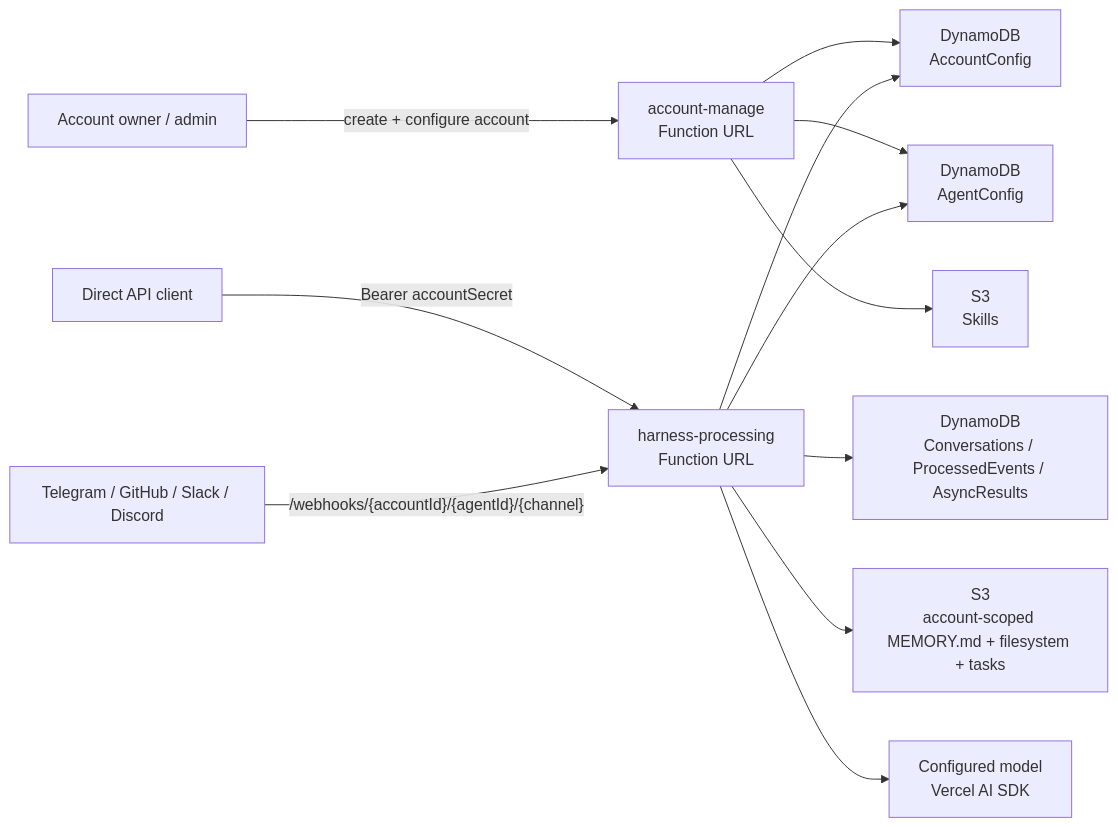
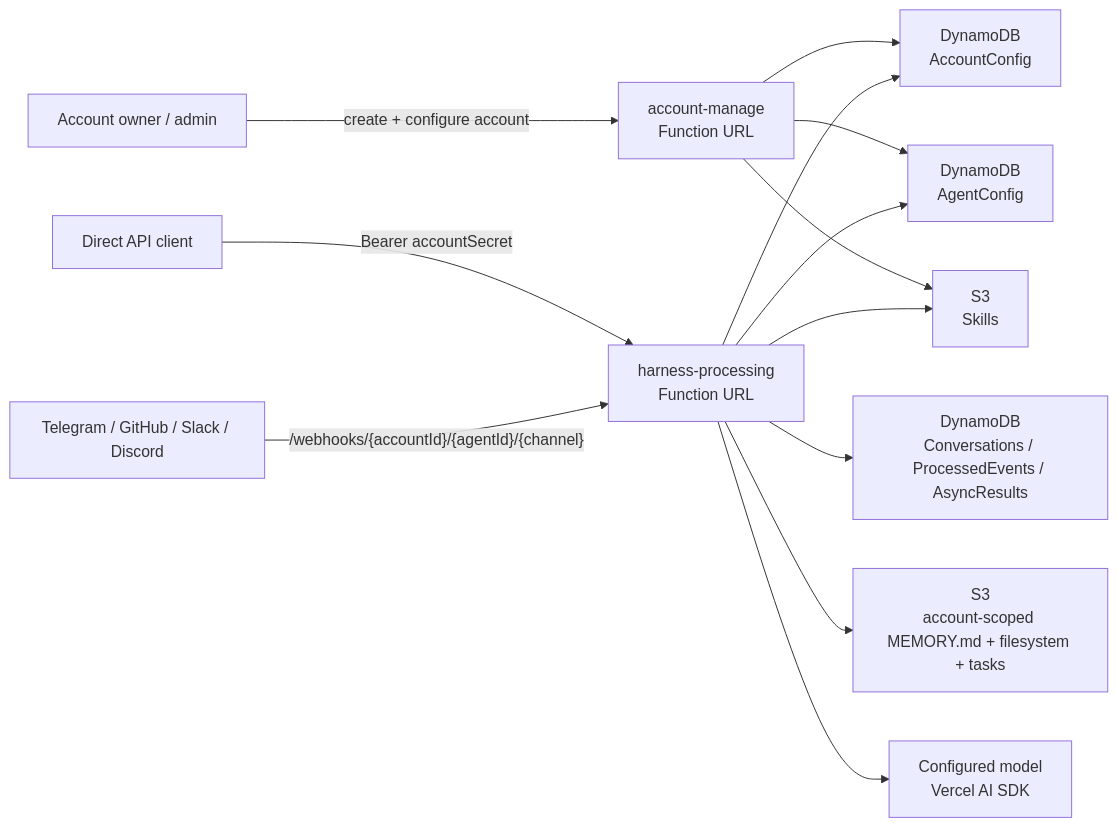
One commit to beeblastco/broods changed the diagram in README.md. Above: the diagram before and after it, drawn with Mermaid. The commit also changed other lines of this file and 9 other files, not shown here.

````diff
--- a/README.md
+++ b/README.md
@@ -27,15 +27,16 @@
 ```mermaid
 flowchart LR
   Admin["Account owner / admin"] -->|"create + configure account"| Manage["account-manage<br/>Function URL"]
   Client["Direct API client"] -->|"Bearer accountSecret"| Harness["harness-processing<br/>Function URL"]
   Provider["Telegram / GitHub / Slack / Discord"] -->|"/webhooks/{accountId}/{agentId}/{channel}"| Harness
 
   Manage --> Accounts["DynamoDB<br/>AccountConfig"]
   Manage --> Agents["DynamoDB<br/>AgentConfig"]
   Manage --> Skills["S3<br/>Skills"]
   Harness --> Accounts
   Harness --> Agents
+  Harness --> Skills["S3<br/>Skills"]
   Harness --> Conversations["DynamoDB<br/>Conversations / ProcessedEvents / AsyncResults"]
   Harness --> Memory["S3<br/>account-scoped MEMORY.md + filesystem + tasks"]
   Harness --> Model["Configured model<br/>Vercel AI SDK"]
 ```
````
